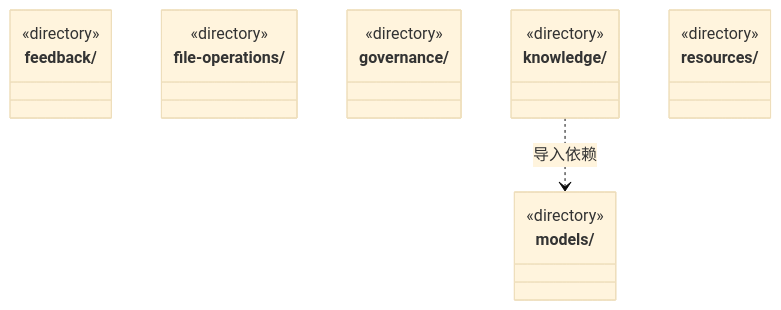
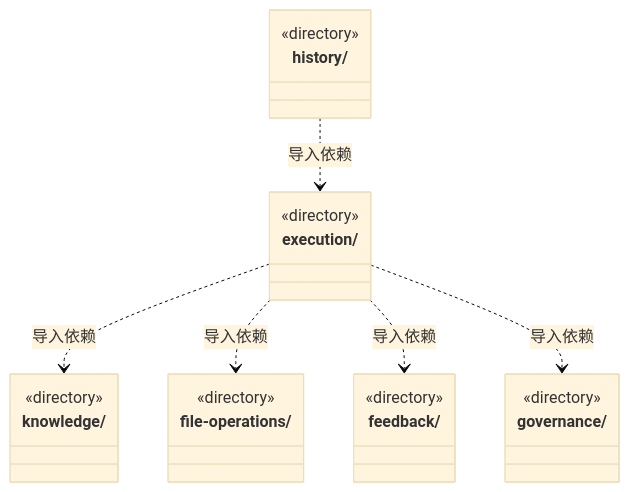
Before and after one commit to nan023062/cbim: the second of 4 diagrams in src/logic/ARCHITECTURE.md, drawn with Mermaid (base theme). The commit also changed other lines of this file and 456 other files, not shown here.

````diff
--- a/src/logic/ARCHITECTURE.md
+++ b/src/logic/ARCHITECTURE.md
@@ -41,22 +42,26 @@
 ```mermaid
 classDiagram
+class N_src_logic_execution["execution/"] {
+  <<directory>>
+}
 class N_src_logic_feedback["feedback/"] {
   <<directory>>
 }
 class N_src_logic_file_operations["file-operations/"] {
   <<directory>>
 }
 class N_src_logic_governance["governance/"] {
   <<directory>>
 }
+class N_src_logic_history["history/"] {
+  <<directory>>
+}
 class N_src_logic_knowledge["knowledge/"] {
   <<directory>>
 }
-class N_src_logic_models["models/"] {
-  <<directory>>
-}
-class N_src_logic_resources["resources/"] {
-  <<directory>>
-}
-N_src_logic_knowledge ..> N_src_logic_models : 导入依赖
+N_src_logic_execution ..> N_src_logic_knowledge : 导入依赖
+N_src_logic_execution ..> N_src_logic_file_operations : 导入依赖
+N_src_logic_execution ..> N_src_logic_feedback : 导入依赖
+N_src_logic_execution ..> N_src_logic_governance : 导入依赖
+N_src_logic_history ..> N_src_logic_execution : 导入依赖
 ```
````
